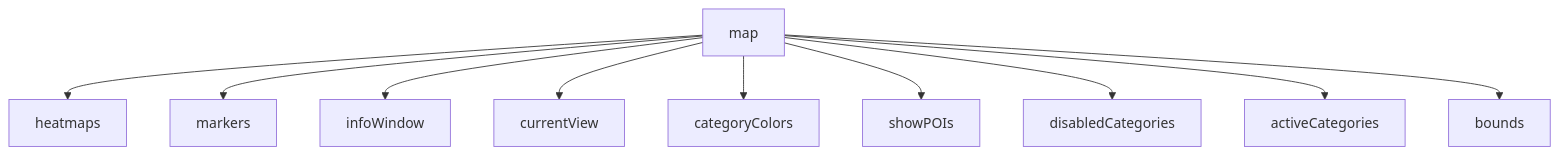
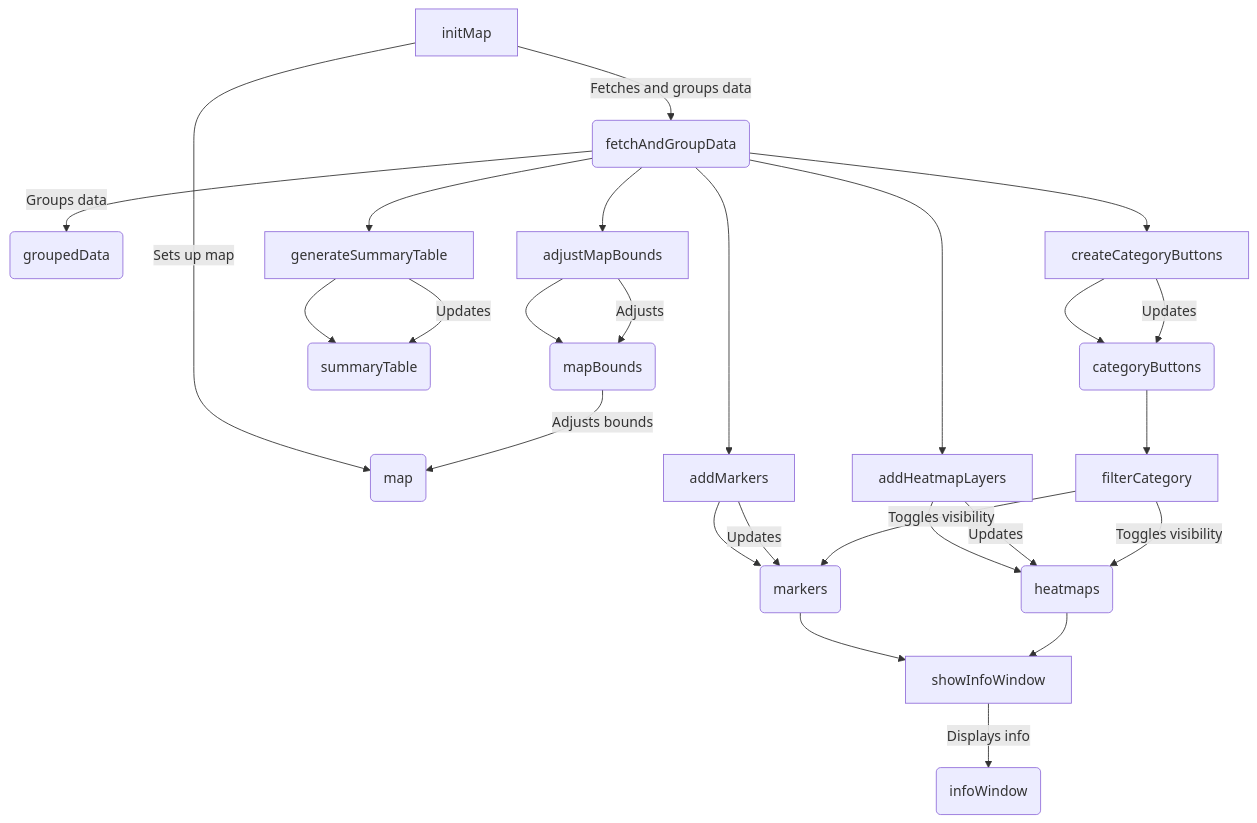
The second of 2 diagrams in docs/docs/view/MapaCalor.md (MarcoAndresSilva/sistema_emergenciasV2), drawn with Mermaid before and after one commit. The commit also changed other lines of this file, not shown here.

````diff
--- a/docs/docs/view/MapaCalor.md
+++ b/docs/docs/view/MapaCalor.md
@@ -159,12 +45,34 @@
 ```mermaid
-graph TD;
-    A[map] --> B[heatmaps]
-    A --> C[markers]
-    A --> D[infoWindow]
-    A --> E[currentView]
-    A --> F[categoryColors]
-    A --> G[showPOIs]
-    A --> H[disabledCategories]
-    A --> I[activeCategories]
-    A --> J[bounds]
+
+graph TD
+    A[initMap] -->|Sets up map| B(map)
+    A -->|Fetches and groups data| C(fetchAndGroupData)
+    C -->|Groups data| D(groupedData)
+    C --> E[addHeatmapLayers]
+    C --> F[addMarkers]
+    C --> G[createCategoryButtons]
+    C --> H[generateSummaryTable]
+    C --> I[adjustMapBounds]
+
+    E --> J(heatmaps)
+    F --> K(markers)
+    G --> L(categoryButtons)
+    H --> M(summaryTable)
+    I --> N(mapBounds)
+
+    E -->|Updates| J
+    F -->|Updates| K
+    G -->|Updates| L
+    H -->|Updates| M
+    I -->|Adjusts| N
+
+    K --> O[showInfoWindow]
+    J --> O
+    L --> P[filterCategory]
+
+    O -->|Displays info| Q(infoWindow)
+    P -->|Toggles visibility| J
+    P -->|Toggles visibility| K
+
+    N -->|Adjusts bounds| B
 ```
````
